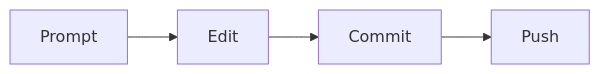
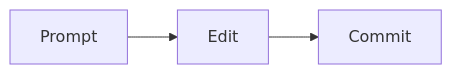
Before and after one commit to kaw393939/current-events: the diagram in notes/markdown-and-mermaid.md, drawn with Mermaid. The commit also changed other lines of this file and 9 other files, not shown here.

````diff
--- a/notes/markdown-and-mermaid.md
+++ b/notes/markdown-and-mermaid.md
@@ -19,4 +31,4 @@
 ```mermaid
 flowchart LR
-  Prompt --> Edit --> Commit --> Push
+  Prompt --> Edit --> Commit
 ```
````
